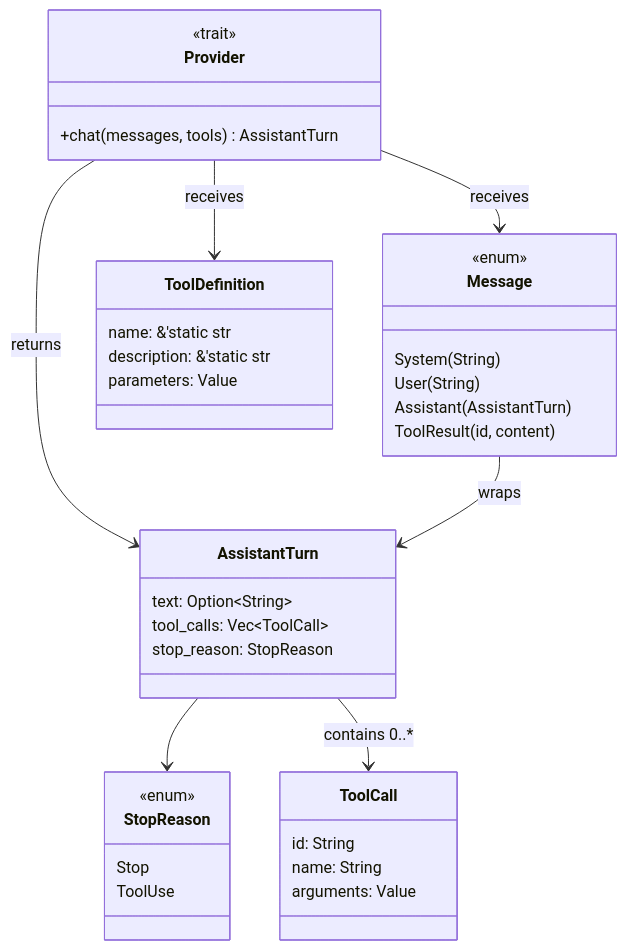
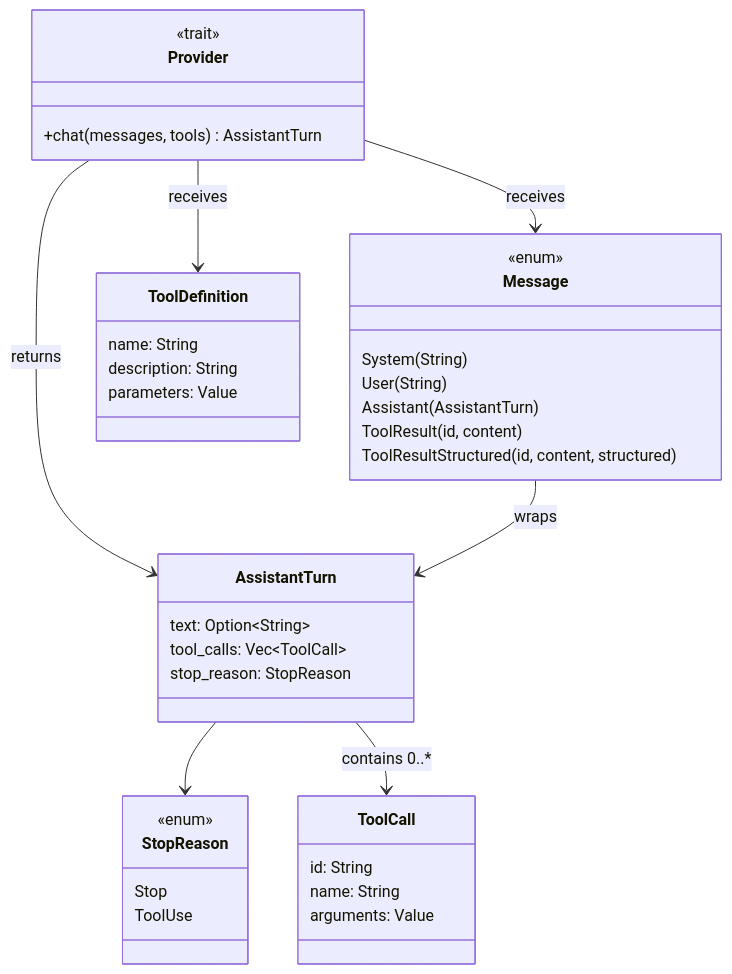
Before and after one commit to dzungtri/mini-claw-code: the first of 2 diagrams in mini-claw-code-book/src/ch01-core-types.md, drawn with Mermaid. The commit also changed other lines of this file and 38 other files, not shown here.

````diff
--- a/mini-claw-code-book/src/ch01-core-types.md
+++ b/mini-claw-code-book/src/ch01-core-types.md
@@ -26,46 +26,47 @@
 ```mermaid
 classDiagram
     class Provider {
         <<trait>>
         +chat(messages, tools) AssistantTurn
     }
 
     class AssistantTurn {
         text: Option~String~
         tool_calls: Vec~ToolCall~
         stop_reason: StopReason
     }
 
     class StopReason {
         <<enum>>
         Stop
         ToolUse
     }
 
     class ToolCall {
         id: String
         name: String
         arguments: Value
     }
 
     class Message {
         <<enum>>
         System(String)
         User(String)
         Assistant(AssistantTurn)
         ToolResult(id, content)
+        ToolResultStructured(id, content, structured)
     }
 
     class ToolDefinition {
-        name: &'static str
-        description: &'static str
+        name: String
+        description: String
         parameters: Value
     }
 
     Provider --> AssistantTurn : returns
     Provider --> Message : receives
     Provider --> ToolDefinition : receives
     AssistantTurn --> StopReason
     AssistantTurn --> ToolCall : contains 0..*
     Message --> AssistantTurn : wraps
 ```
````
